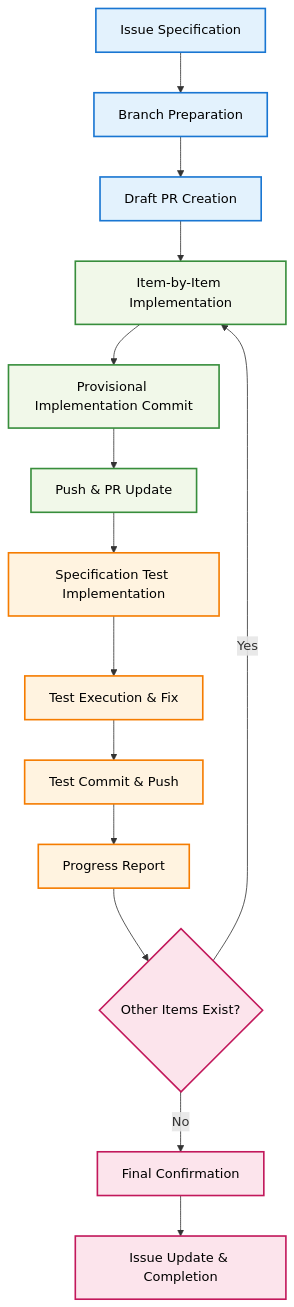
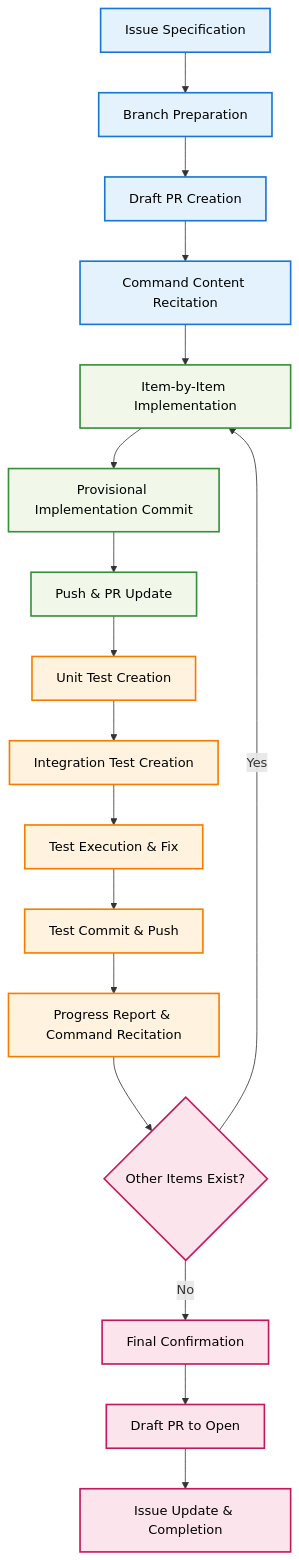
The diagram in .claude/commands/issue-to-pr.md (biwakonbu/reviewtask), drawn with Mermaid before and after one commit. The commit also changed other lines of this file, not shown here.

First line of the commit message:
fix: Enhance issue-to-pr workflow with mandatory requirements

````diff
--- a/.claude/commands/issue-to-pr.md
+++ b/.claude/commands/issue-to-pr.md
@@ -9,26 +9,29 @@
 ```mermaid
 graph TD
     A[Issue Specification] --> B[Branch Preparation]
     B --> C[Draft PR Creation]
-    C --> D[Item-by-Item Implementation]
-    D --> E[Provisional Implementation Commit]
-    E --> F[Push & PR Update]
-    F --> G[Specification Test Implementation]
-    G --> H[Test Execution & Fix]
-    H --> I[Test Commit & Push]
-    I --> J[Progress Report]
-    J --> K{Other Items Exist?}
-    K -->|Yes| D
-    K -->|No| L[Final Confirmation]
-    L --> M[Issue Update & Completion]
+    C --> D[Command Content Recitation]
+    D --> E[Item-by-Item Implementation]
+    E --> F[Provisional Implementation Commit]
+    F --> G[Push & PR Update]
+    G --> H[Unit Test Creation]
+    H --> I[Integration Test Creation]
+    I --> J[Test Execution & Fix]
+    J --> K[Test Commit & Push]
+    K --> L[Progress Report & Command Recitation]
+    L --> M{Other Items Exist?}
+    M -->|Yes| E
+    M -->|No| N[Final Confirmation]
+    N --> O[Draft PR to Open]
+    O --> P[Issue Update & Completion]
 
     classDef setupNode fill:#e3f2fd,stroke:#1976d2,stroke-width:2px,color:#000
     classDef implNode fill:#f1f8e9,stroke:#388e3c,stroke-width:2px,color:#000
     classDef testNode fill:#fff3e0,stroke:#f57c00,stroke-width:2px,color:#000
     classDef finalNode fill:#fce4ec,stroke:#c2185b,stroke-width:2px,color:#000
 
-    class A,B,C setupNode
-    class D,E,F implNode
-    class G,H,I,J testNode
-    class K,L,M finalNode
+    class A,B,C,D setupNode
+    class E,F,G implNode
+    class H,I,J,K,L testNode
+    class M,N,O,P finalNode
 ```
````
